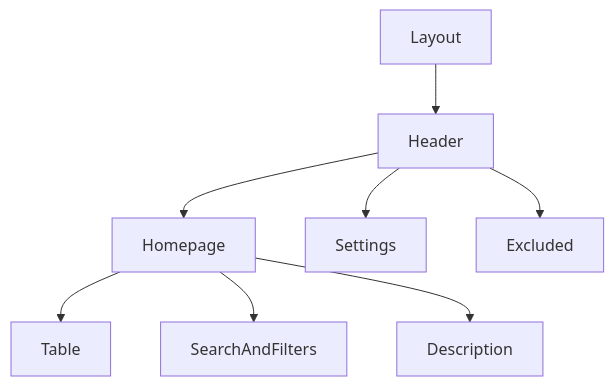
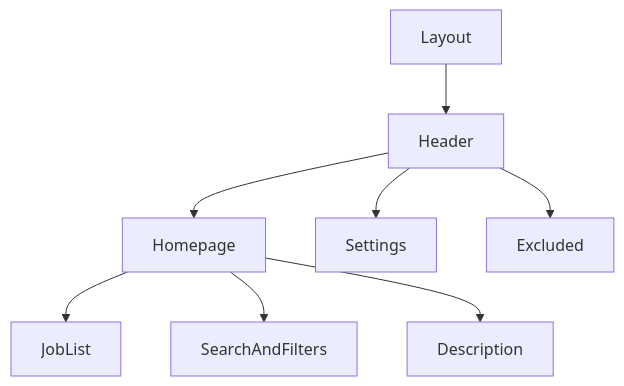
One commit to Vellethe/LIA changed the first of 2 diagrams in README.md. Above: the diagram before and after it, drawn with Mermaid.

Commit message:
updated readme to reflect changes

````diff
--- a/README.md
+++ b/README.md
@@ -44,16 +44,16 @@
 ```mermaid
 flowchart TD;
   Home[Homepage]
-  Table[Table]
+  Table[JobList]
   Search[SearchAndFilters]
   Desc[Description]
   Head[Header]
   Layout[Layout]
   Settings[Settings]
   Excluded[Excluded]
 
 
   Layout --> Head
   Head --> Home  & Settings & Excluded
   Home --> Table & Search & Desc
 ```
````
